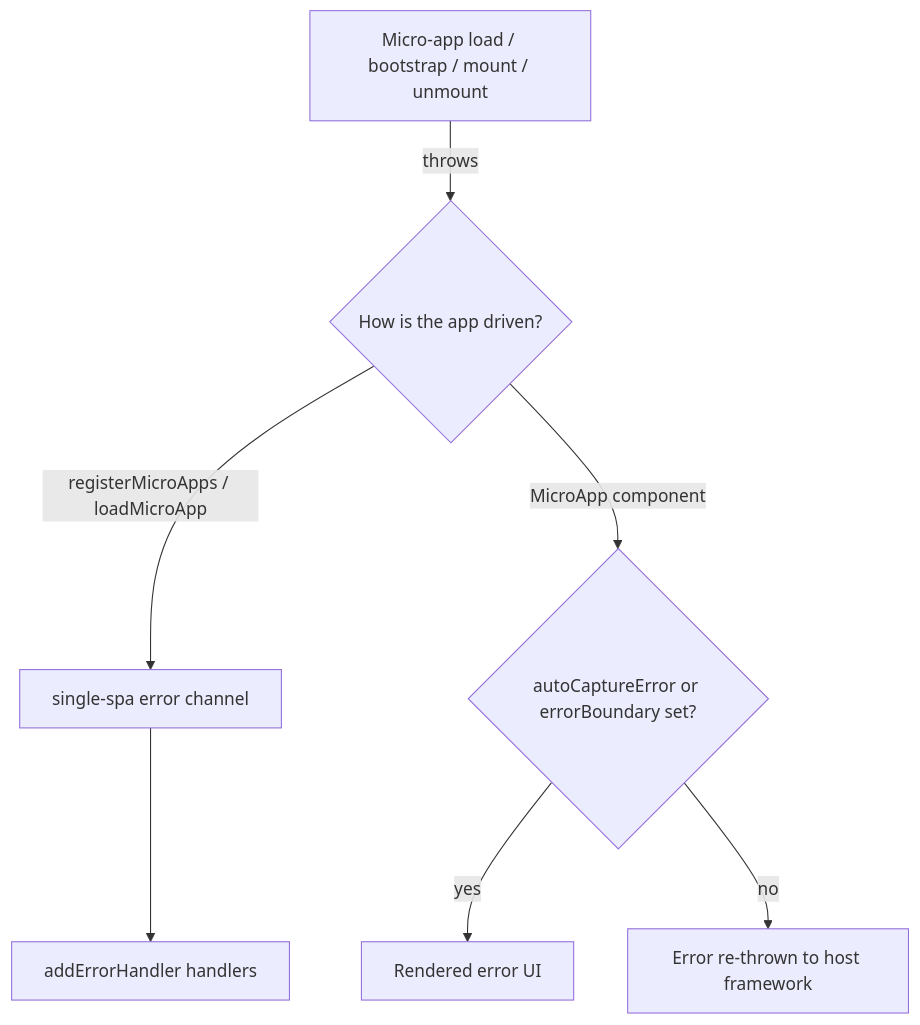
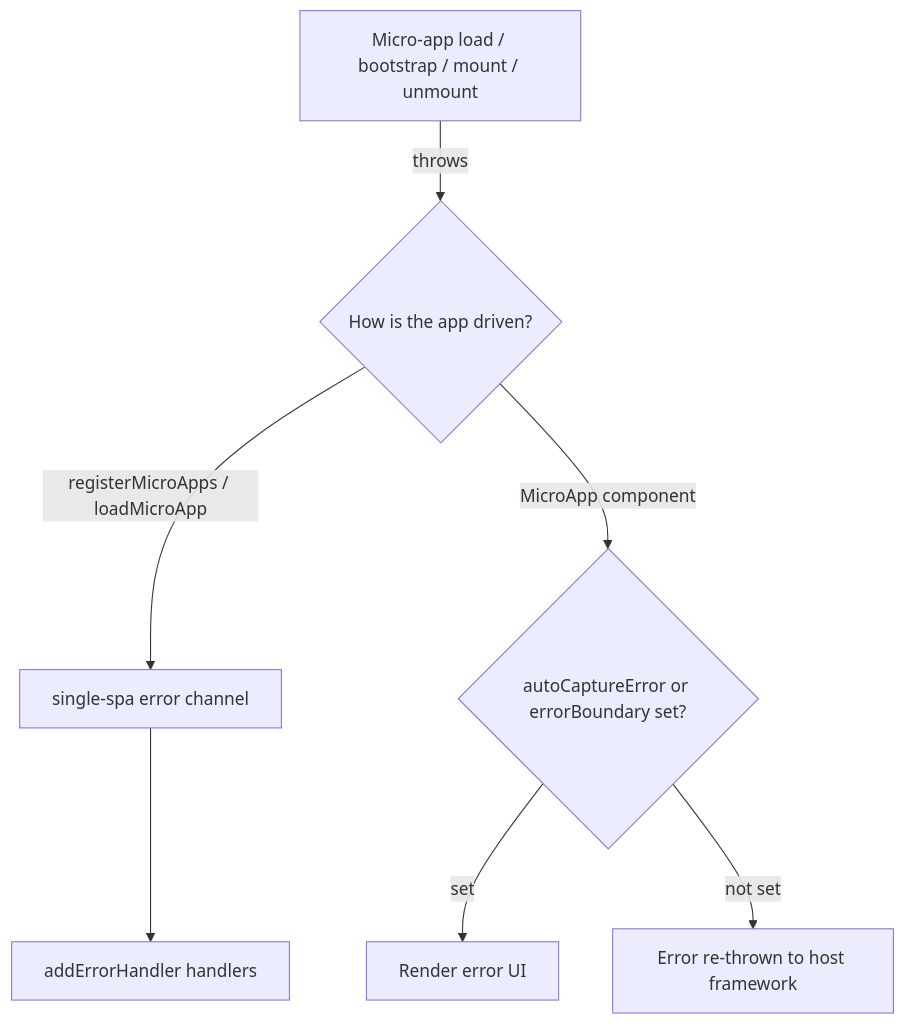
The diagram in docs/cookbook/handle-errors.md (umijs/qiankun), drawn with Mermaid before and after one commit. The commit also changed other lines of this file and 63 other files, not shown here.

````diff
--- a/docs/cookbook/handle-errors.md
+++ b/docs/cookbook/handle-errors.md
@@ -7,9 +7,9 @@
 ```mermaid
 flowchart TD
   A[Micro-app load / bootstrap / mount / unmount] -->|throws| B{How is the app driven?}
   B -->|registerMicroApps / loadMicroApp| C[single-spa error channel]
   C --> D[addErrorHandler handlers]
   B -->|MicroApp component| E{autoCaptureError or errorBoundary set?}
-  E -->|yes| F[Rendered error UI]
-  E -->|no| G[Error re-thrown to host framework]
+  E -->|set| F[Render error UI]
+  E -->|not set| G[Error re-thrown to host framework]
 ```
````
